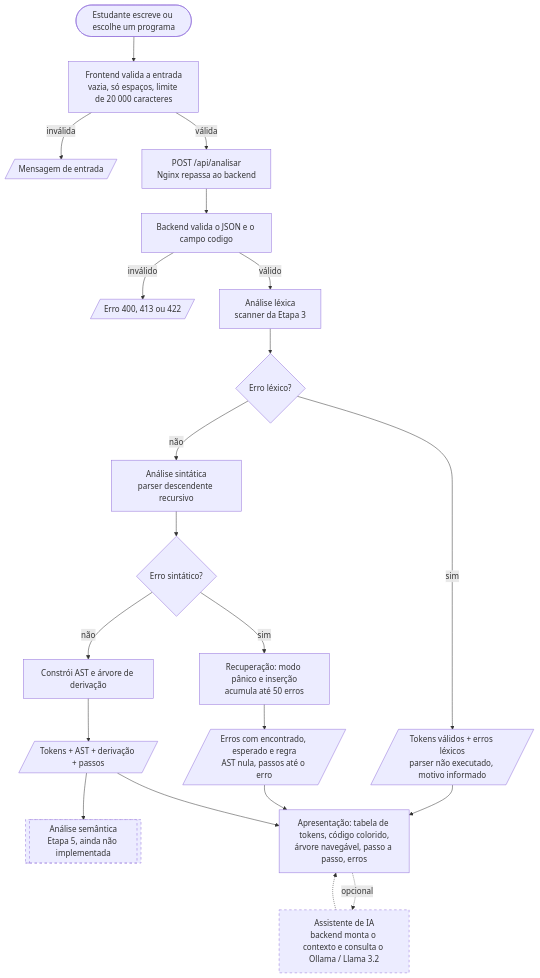
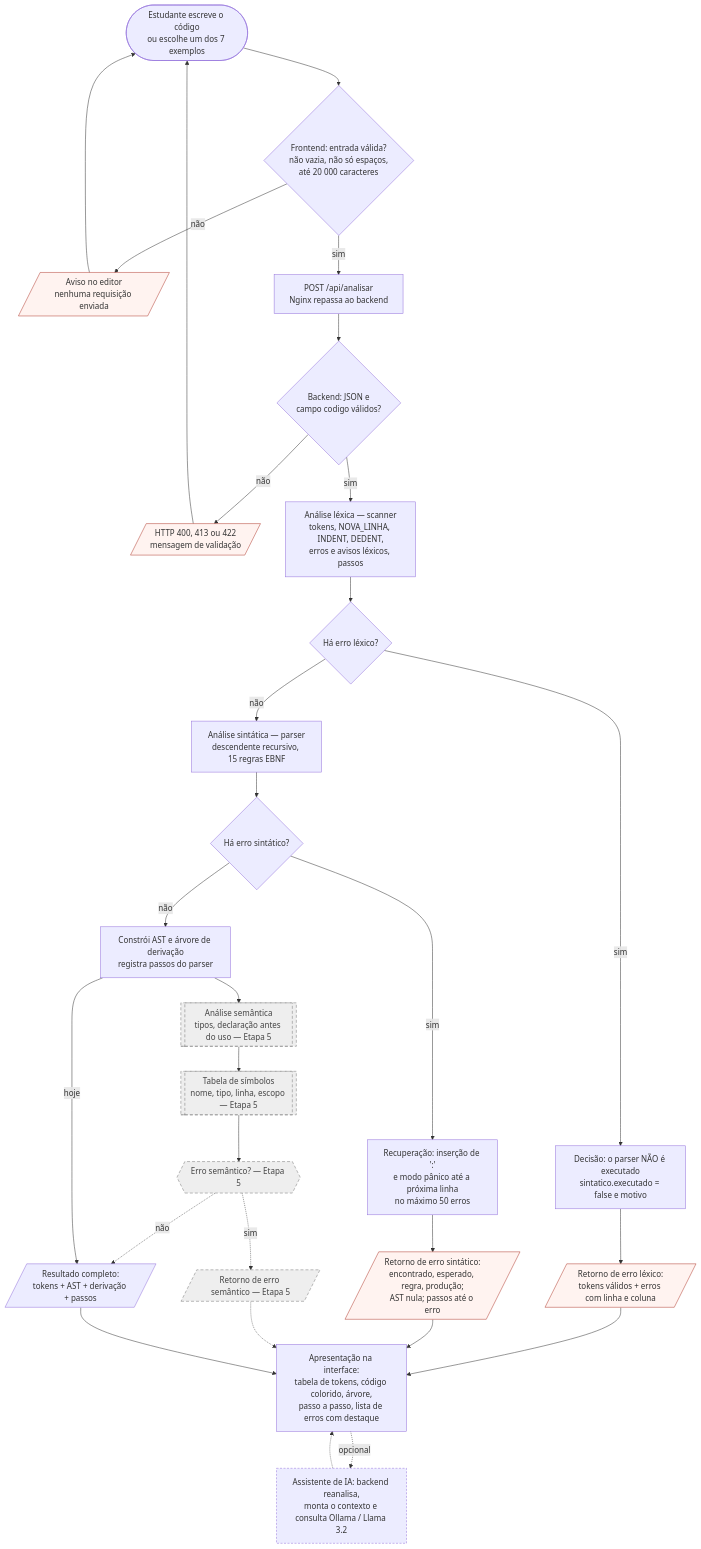
Before and after one commit to HenriqueNeuhaus/compiladores: the diagram in docs/figuras/fluxograma.mmd, drawn with Mermaid. The commit also changed 14 other files, not shown here.

First line of the commit message:
Tarefa 4: proposta (Materiais e Métodos), fluxograma, arquitetura, casos de teste e plano de avaliação

```diff
--- a/docs/figuras/fluxograma.mmd
+++ b/docs/figuras/fluxograma.mmd
@@ -1,23 +1,37 @@
+%% Fluxograma do sistema (Tarefa 4). Implementado: contorno contínuo.
+%% Pendente (Etapa 5): contorno tracejado e fundo cinza. Opcional: tracejado sem fundo.
 flowchart TD
-    A([Estudante escreve ou escolhe um programa]) --> B[Frontend valida a entrada<br/>vazia, só espaços, limite de 20 000 caracteres]
-    B -->|inválida| B1[/Mensagem de entrada/]
-    B -->|válida| C[POST /api/analisar<br/>Nginx repassa ao backend]
-    C --> D[Backend valida o JSON e o campo codigo]
-    D -->|inválido| D1[/Erro 400, 413 ou 422/]
-    D -->|válido| E[Análise léxica<br/>scanner da Etapa 3]
-    E --> F{Erro léxico?}
-    F -->|sim| G[/Tokens válidos + erros léxicos<br/>parser não executado, motivo informado/]
-    F -->|não| H[Análise sintática<br/>parser descendente recursivo]
-    H --> I{Erro sintático?}
-    I -->|sim| J[Recuperação: modo pânico e inserção<br/>acumula até 50 erros]
-    J --> K[/Erros com encontrado, esperado e regra<br/>AST nula, passos até o erro/]
-    I -->|não| L[Constrói AST e árvore de derivação]
-    L --> M[/Tokens + AST + derivação + passos/]
-    M --> N[[Análise semântica<br/>Etapa 5, ainda não implementada]]
-    G --> O[Apresentação: tabela de tokens, código colorido,<br/>árvore navegável, passo a passo, erros]
-    K --> O
+    A([Estudante escreve o código<br/>ou escolhe um dos 7 exemplos]) --> B{Frontend: entrada válida?<br/>não vazia, não só espaços,<br/>até 20 000 caracteres}
+    B -->|não| B1[/Aviso no editor<br/>nenhuma requisição enviada/]
+    B1 --> A
+    B -->|sim| C[POST /api/analisar<br/>Nginx repassa ao backend]
+    C --> D{Backend: JSON e<br/>campo codigo válidos?}
+    D -->|não| D1[/HTTP 400, 413 ou 422<br/>mensagem de validação/]
+    D1 --> A
+    D -->|sim| E[Análise léxica — scanner<br/>tokens, NOVA_LINHA, INDENT, DEDENT,<br/>erros e avisos léxicos, passos]
+    E --> F{Há erro léxico?}
+    F -->|sim| G[Decisão: o parser NÃO é executado<br/>sintatico.executado = false e motivo]
+    G --> G1[/Retorno de erro léxico:<br/>tokens válidos + erros com linha e coluna/]
+    F -->|não| H[Análise sintática — parser<br/>descendente recursivo, 15 regras EBNF]
+    H --> I{Há erro sintático?}
+    I -->|sim| J[Recuperação: inserção de ':'<br/>e modo pânico até a próxima linha<br/>no máximo 50 erros]
+    J --> J1[/Retorno de erro sintático:<br/>encontrado, esperado, regra, produção;<br/>AST nula; passos até o erro/]
+    I -->|não| K[Constrói AST e árvore de derivação<br/>registra passos do parser]
+    K --> S1[[Análise semântica<br/>tipos, declaração antes do uso — Etapa 5]]
+    S1 --> S2[[Tabela de símbolos<br/>nome, tipo, linha, escopo — Etapa 5]]
+    S2 --> S3{{Erro semântico? — Etapa 5}}
+    S3 -.->|sim| S4[/Retorno de erro semântico — Etapa 5/]
+    S3 -.->|não| M[/Resultado completo:<br/>tokens + AST + derivação + passos/]
+    K -->|hoje| M
+    G1 --> O[Apresentação na interface:<br/>tabela de tokens, código colorido, árvore,<br/>passo a passo, lista de erros com destaque]
+    J1 --> O
+    S4 -.-> O
     M --> O
-    O -.->|opcional| P[Assistente de IA<br/>backend monta o contexto e consulta o Ollama / Llama 3.2]
+    O -.->|opcional| P[Assistente de IA: backend reanalisa,<br/>monta o contexto e consulta Ollama / Llama 3.2]
     P -.-> O
-    style N stroke-dasharray: 5 5
-    style P stroke-dasharray: 5 5
+    classDef pendente fill:#eeeeee,stroke:#777,stroke-dasharray:6 4,color:#444
+    classDef opcional stroke-dasharray:4 3
+    classDef erro fill:#fff3f0,stroke:#b03a2e
+    class S1,S2,S3,S4 pendente
+    class P opcional
+    class B1,D1,G1,J1 erro
```
